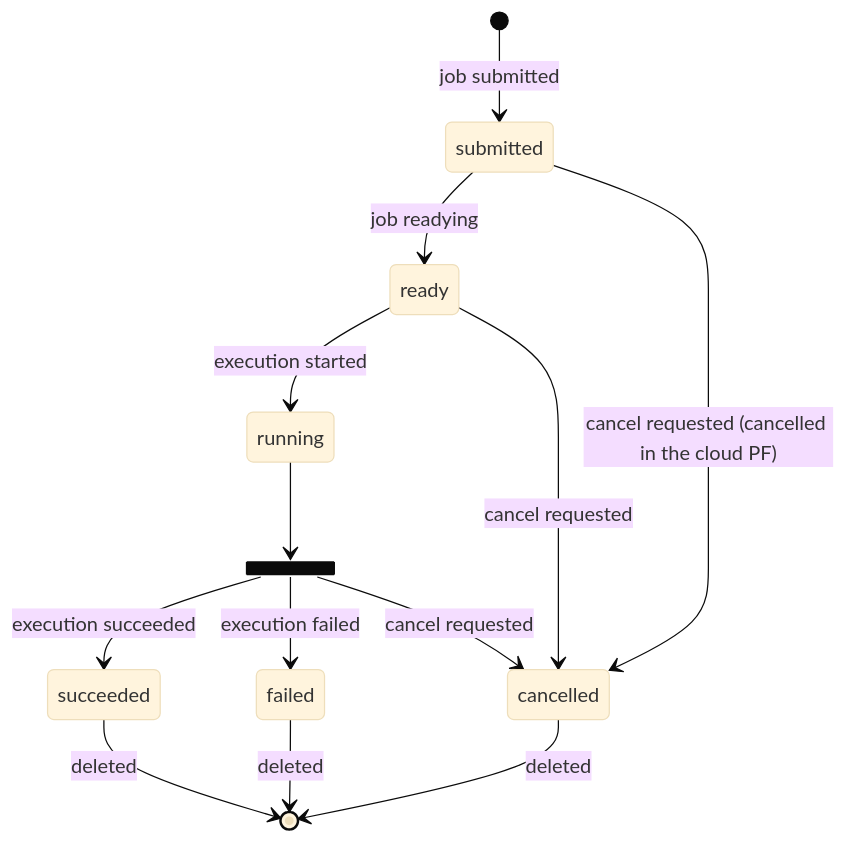
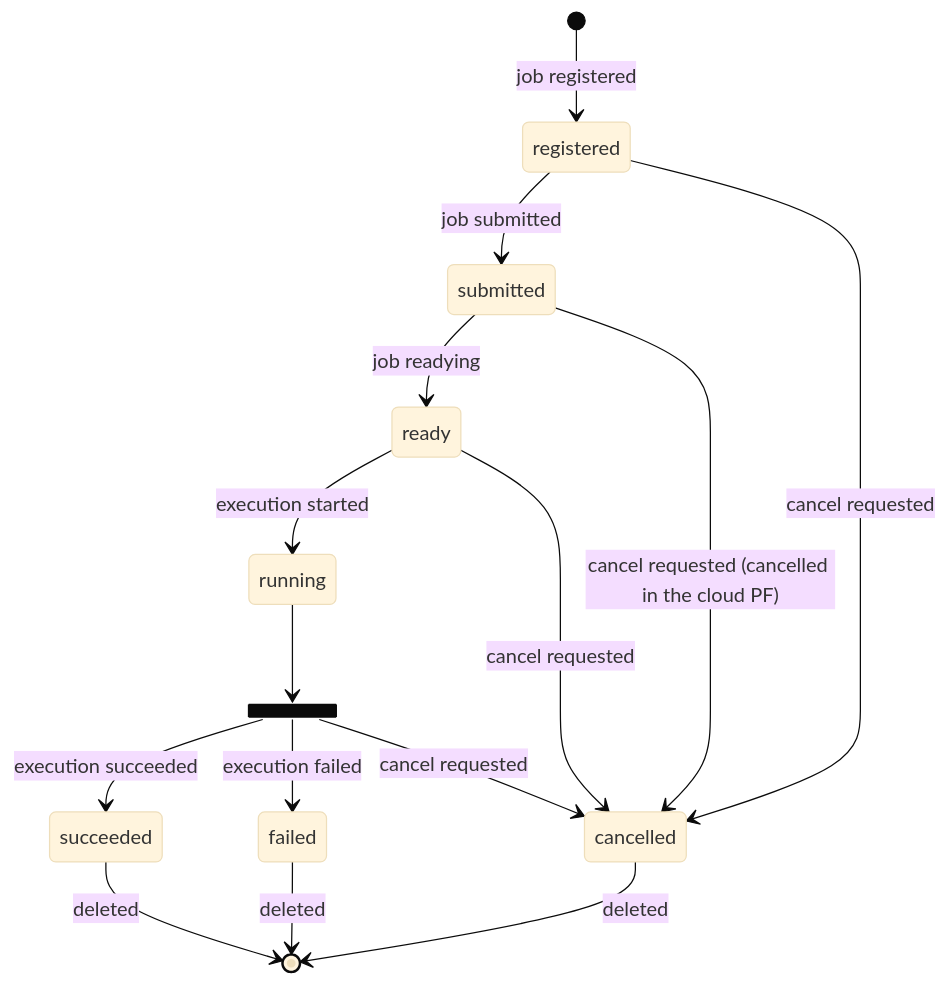
One commit to oqtopus-team/oqtopus-cloud changed the diagram in docs/en/architecture/task_state_transition_diagram.md. Above: the diagram before and after it, drawn with Mermaid (base theme). The commit also changed 6 other files, not shown here.

Commit message:
docs: clarify S3-based job storage flow and artifact format (#466)

````diff
--- a/docs/en/architecture/task_state_transition_diagram.md
+++ b/docs/en/architecture/task_state_transition_diagram.md
@@ -3,21 +3,23 @@
 ```mermaid
 stateDiagram-v2
-    [*] --> submitted :job submitted
+    [*] --> registered :job registered
+    registered --> submitted :job submitted
 
     submitted --> ready : job readying
     ready --> running : execution started
 
     state join_state <<join>>
     running --> join_state
 
     state join_state <<fork>>
     join_state --> succeeded :execution succeeded
     join_state --> failed :execution failed
     join_state --> cancelled :cancel requested
 
     succeeded --> [*] :deleted
     failed --> [*] :deleted
+    registered --> cancelled :cancel requested
     submitted --> cancelled :cancel requested (cancelled in the cloud PF)
     ready --> cancelled :cancel requested
     cancelled --> [*] :deleted
 ```
````
